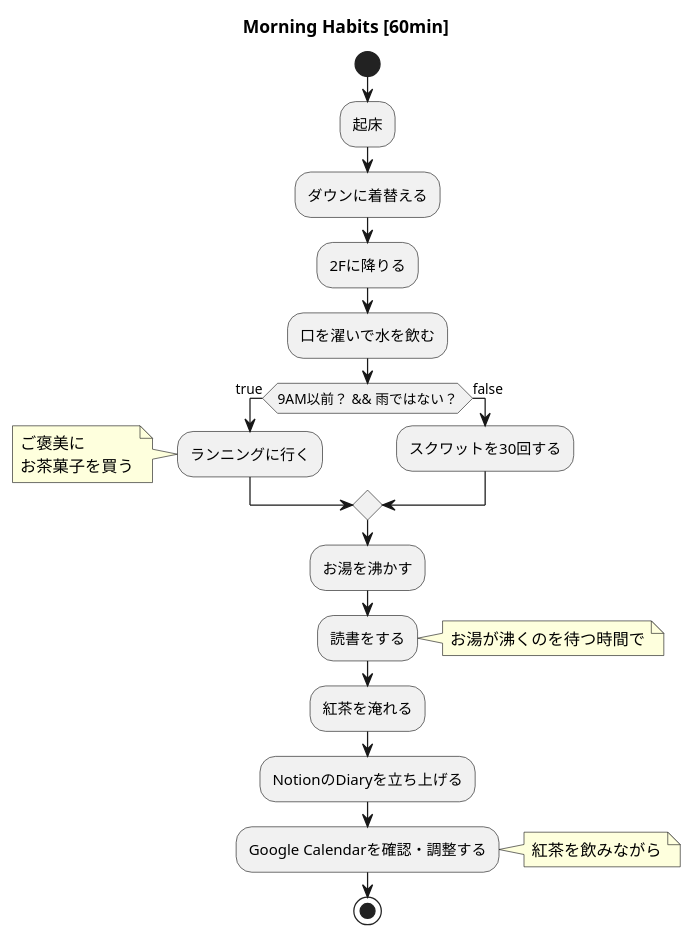
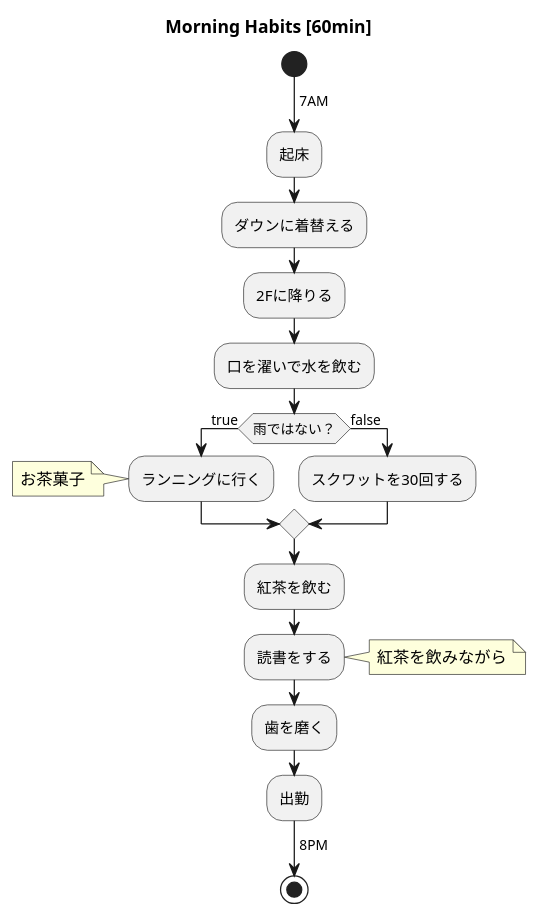
Before and after one commit to k3ntar0/life: the diagram in habits/morning_habits.pu, drawn with PlantUML. The commit also changed 8 other files, not shown here.

```diff
--- a/habits/morning_habits.pu
+++ b/habits/morning_habits.pu
@@ -1,25 +1,24 @@
 @startuml
 title Morning Habits [60min]
 start
+->7AM;
 :起床; 
 :ダウンに着替える;
 :2Fに降りる;
 :口を濯いで水を飲む;
-if (9AM以前？ && 雨ではない？) then (true)
+if (雨ではない？) then (true)
     :ランニングに行く;
     note left
-    ご褒美に
-    お茶菓子を買う
+    お茶菓子
     end note
 else (false)
     :スクワットを30回する;
 Endif
-:お湯を沸かす;
+:紅茶を飲む;
 :読書をする;
-note right: お湯が沸くのを待つ時間で
-:紅茶を淹れる;
-:NotionのDiaryを立ち上げる;
-:Google Calendarを確認・調整する;
 note right: 紅茶を飲みながら
+:歯を磨く;
+:出勤;
+->8PM;
 stop
 @enduml
```
